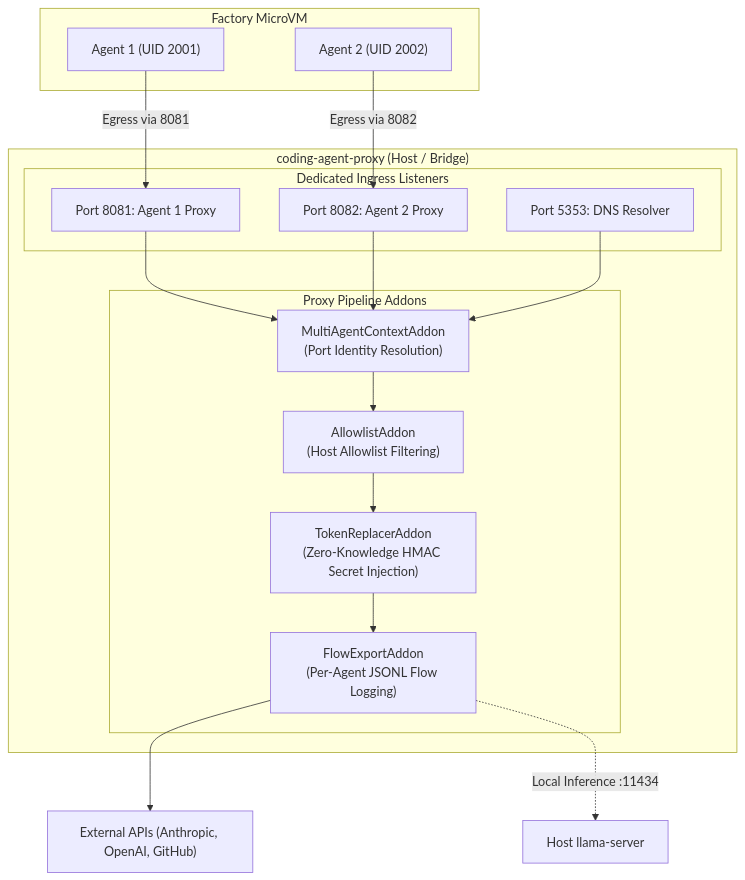
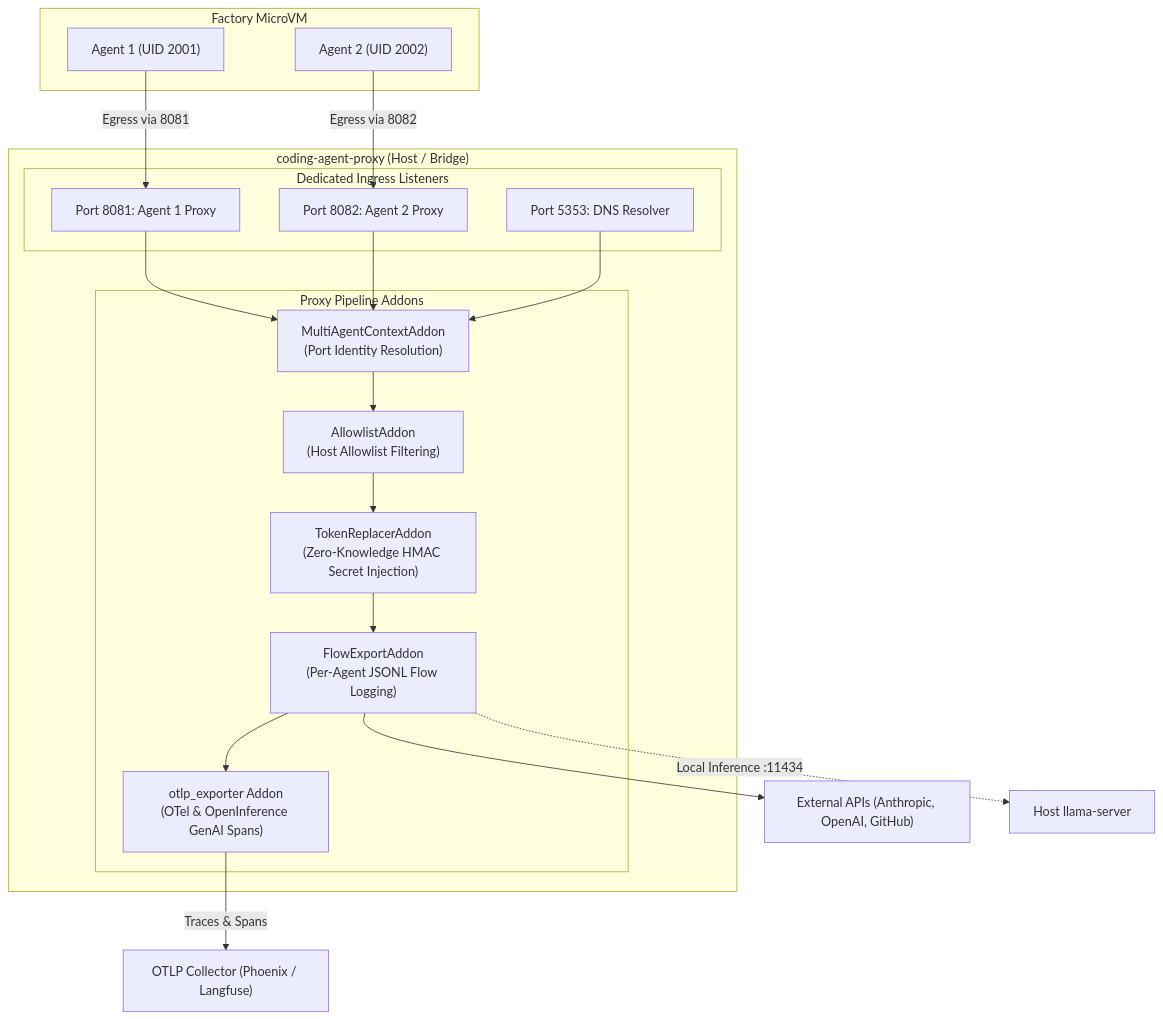
One commit to mikkovihonen/pa-container changed the diagram in docs/proxy/overview.md. Above: the diagram before and after it, drawn with Mermaid. The commit also changed other lines of this file and 45 other files, not shown here.

````diff
--- a/docs/proxy/overview.md
+++ b/docs/proxy/overview.md
@@ -9,34 +9,37 @@
 ```mermaid
 flowchart TB
     subgraph VM["Factory MicroVM"]
         Agent1["Agent 1 (UID 2001)"]
         Agent2["Agent 2 (UID 2002)"]
     end
 
     subgraph Proxy["coding-agent-proxy (Host / Bridge)"]
         subgraph Ports["Dedicated Ingress Listeners"]
             P1["Port 8081: Agent 1 Proxy"]
             P2["Port 8082: Agent 2 Proxy"]
             DNS["Port 5353: DNS Resolver"]
         end
 
         subgraph Pipeline["Proxy Pipeline Addons"]
             MAC["MultiAgentContextAddon\n(Port Identity Resolution)"]
             AL["AllowlistAddon\n(Host Allowlist Filtering)"]
             TR["TokenReplacerAddon\n(Zero-Knowledge HMAC Secret Injection)"]
             FE["FlowExportAddon\n(Per-Agent JSONL Flow Logging)"]
+            OTLP["otlp_exporter Addon\n(OTel & OpenInference GenAI Spans)"]
         end
 
         P1 --> MAC
         P2 --> MAC
         DNS --> MAC
         MAC --> AL
         AL --> TR
         TR --> FE
+        FE --> OTLP
     end
 
     Agent1 -->|Egress via 8081| P1
     Agent2 -->|Egress via 8082| P2
     FE --> WAN["External APIs (Anthropic, OpenAI, GitHub)"]
     FE -.->|Local Inference :11434| Llama["Host llama-server"]
+    OTLP -->|Traces & Spans| Collector["OTLP Collector (Phoenix / Langfuse)"]
 ```
````
